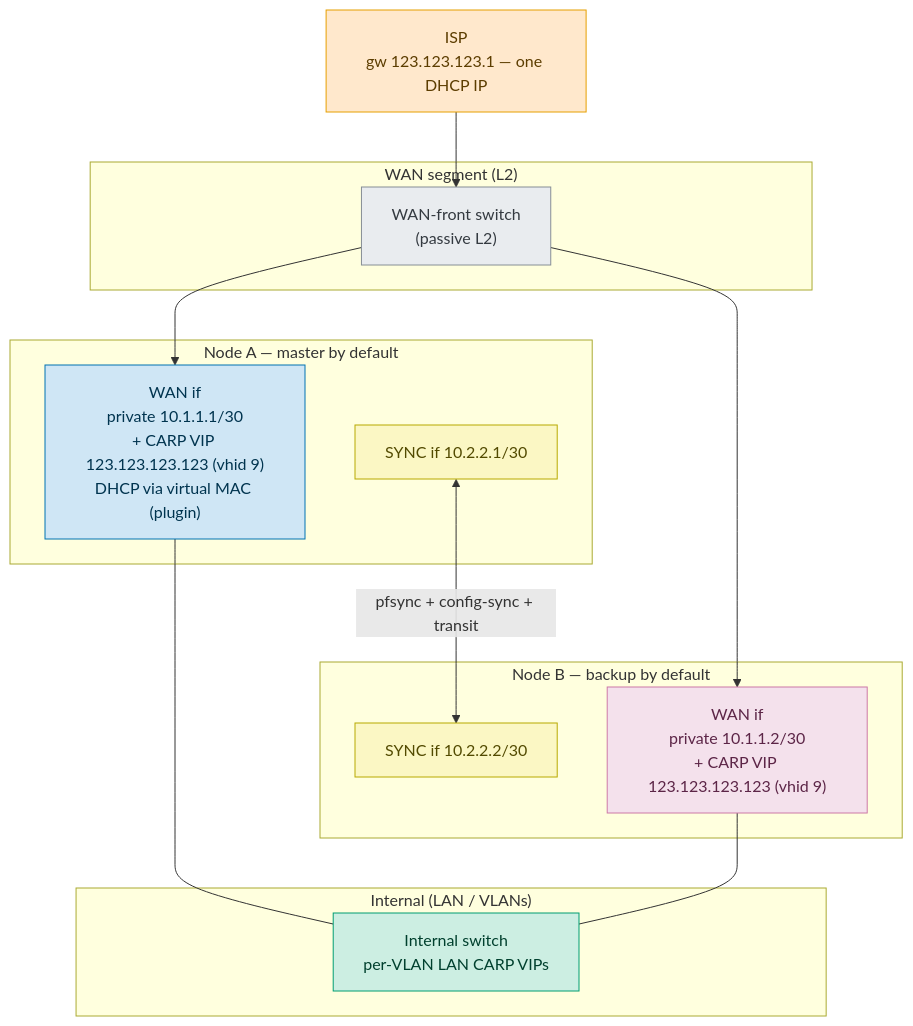
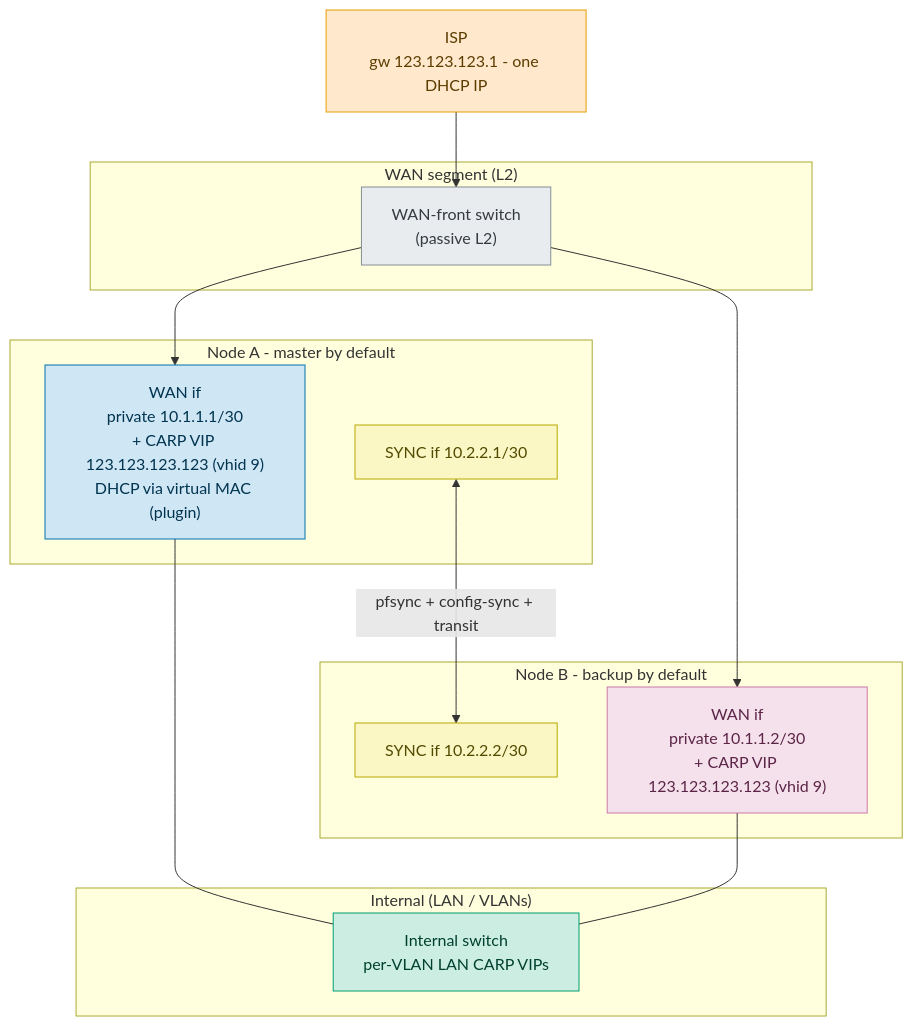
The first of 5 diagrams in net/os-carp-vip-dhcp/docs/single-ip-wan-carp.md (toreamun/opnsense-plugins), drawn with Mermaid before and after one commit. The commit also changed other lines of this file and 2 other files, not shown here.

First line of the commit message:
net/os-carp-vip-dhcp: doc cleanup + 26.7 Source NAT + CARP how-to links

````diff
--- a/net/os-carp-vip-dhcp/docs/single-ip-wan-carp.md
+++ b/net/os-carp-vip-dhcp/docs/single-ip-wan-carp.md
@@ -122,42 +125,42 @@
 ```mermaid
 flowchart TB
-    ISP["ISP<br/>gw 123.123.123.1 — one DHCP IP"]
+    ISP["ISP<br/>gw 123.123.123.1 - one DHCP IP"]
 
     subgraph WANL2["WAN segment (L2)"]
         WANSW["WAN-front switch<br/>(passive L2)"]
     end
     ISP --> WANSW
 
-    subgraph NA["Node A — master by default"]
+    subgraph NA["Node A - master by default"]
         AW["WAN if<br/>private 10.1.1.1/30<br/>+ CARP VIP 123.123.123.123 (vhid 9)<br/>DHCP via virtual MAC (plugin)"]
         AS["SYNC if 10.2.2.1/30"]
     end
 
-    subgraph NB["Node B — backup by default"]
+    subgraph NB["Node B - backup by default"]
         BW["WAN if<br/>private 10.1.1.2/30<br/>+ CARP VIP 123.123.123.123 (vhid 9)"]
         BS["SYNC if 10.2.2.2/30"]
     end
 
     WANSW --> AW
     WANSW --> BW
     AS <-->|"pfsync + config-sync + transit"| BS
 
     subgraph INT["Internal (LAN / VLANs)"]
         LANSW["Internal switch<br/>per-VLAN LAN CARP VIPs"]
     end
     AW --- LANSW
     BW --- LANSW
 
     classDef isp fill:#ffe8cc,stroke:#e69f00,color:#5c3d00
     classDef sw fill:#e9ecef,stroke:#868e96,color:#343a40
     classDef master fill:#cfe6f5,stroke:#0072b2,color:#00344f
     classDef backup fill:#f4e1ec,stroke:#cc79a7,color:#5c2547
     classDef sync fill:#fbf7c4,stroke:#b8a900,color:#524a00
     classDef internal fill:#cceee2,stroke:#009e73,color:#00402e
     class ISP isp
     class WANSW sw
     class AW master
     class BW backup
     class AS,BS sync
     class LANSW internal
 ```
````
